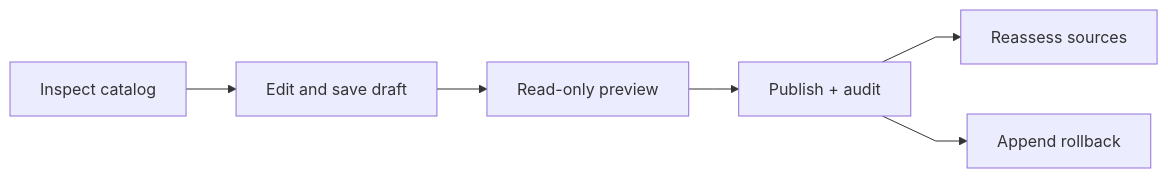
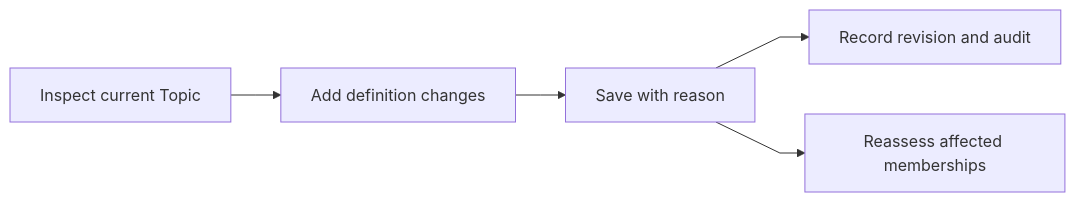
One commit to markhuangai/dense-mem changed the third of 3 diagrams in _guides/Topics-And-Organization.md. Above: the diagram before and after it, drawn with Mermaid. The commit also changed other lines of this file and 8 other files, not shown here.

````diff
--- a/_guides/Topics-And-Organization.md
+++ b/_guides/Topics-And-Organization.md
@@ -80,9 +80,8 @@
 ```mermaid
 %%{init: {"flowchart": {"curve": "linear"}}}%%
 flowchart LR
-  Inspect["Inspect catalog"] --> Draft["Edit and save draft"]
-  Draft --> Preview["Read-only preview"]
-  Preview --> Publish["Publish + audit"]
-  Publish --> Maintenance["Reassess sources"]
-  Publish --> Rollback["Append rollback"]
+  Inspect["Inspect current Topic"] --> Edit["Add definition changes"]
+  Edit --> Save["Save with reason"]
+  Save --> History["Record revision and audit"]
+  Save --> Maintenance["Reassess affected memberships"]
 ```
````
